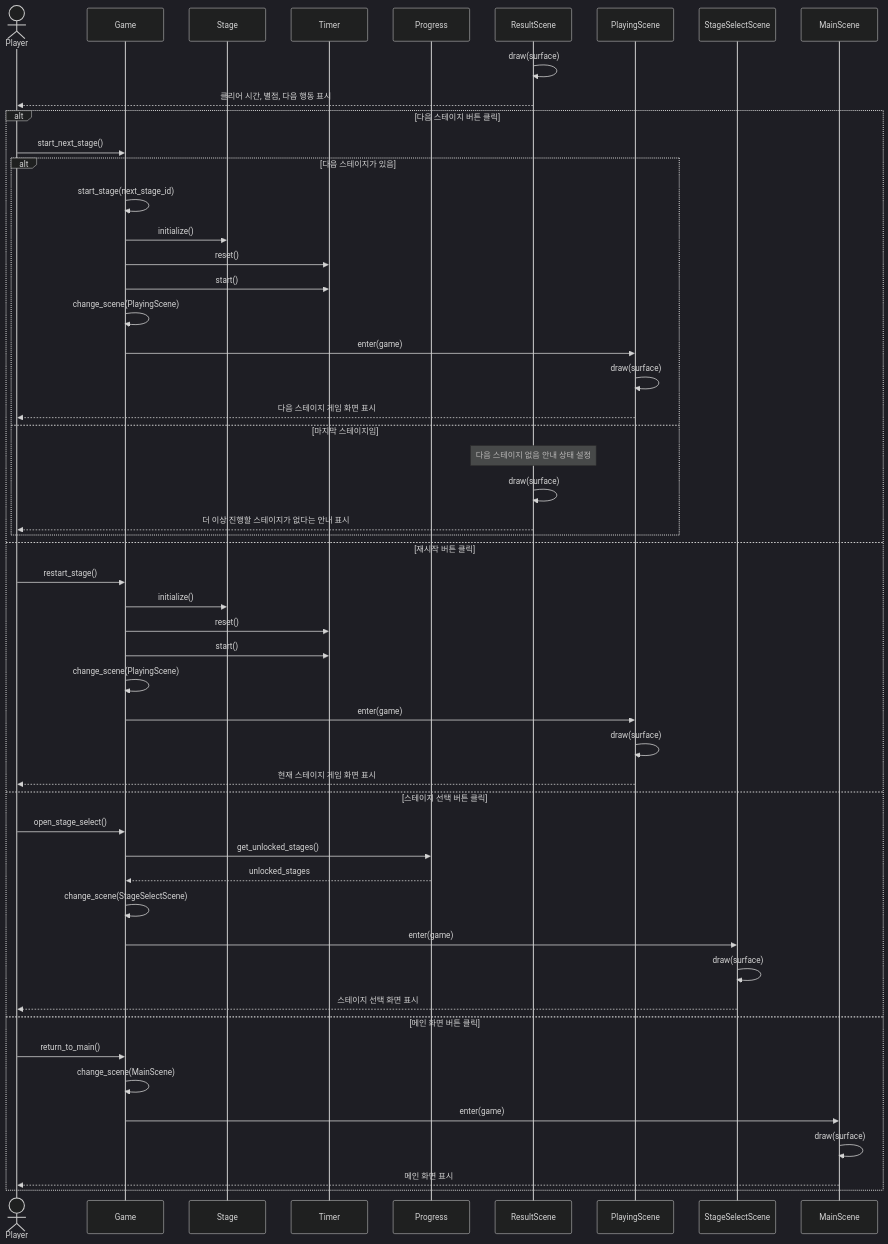
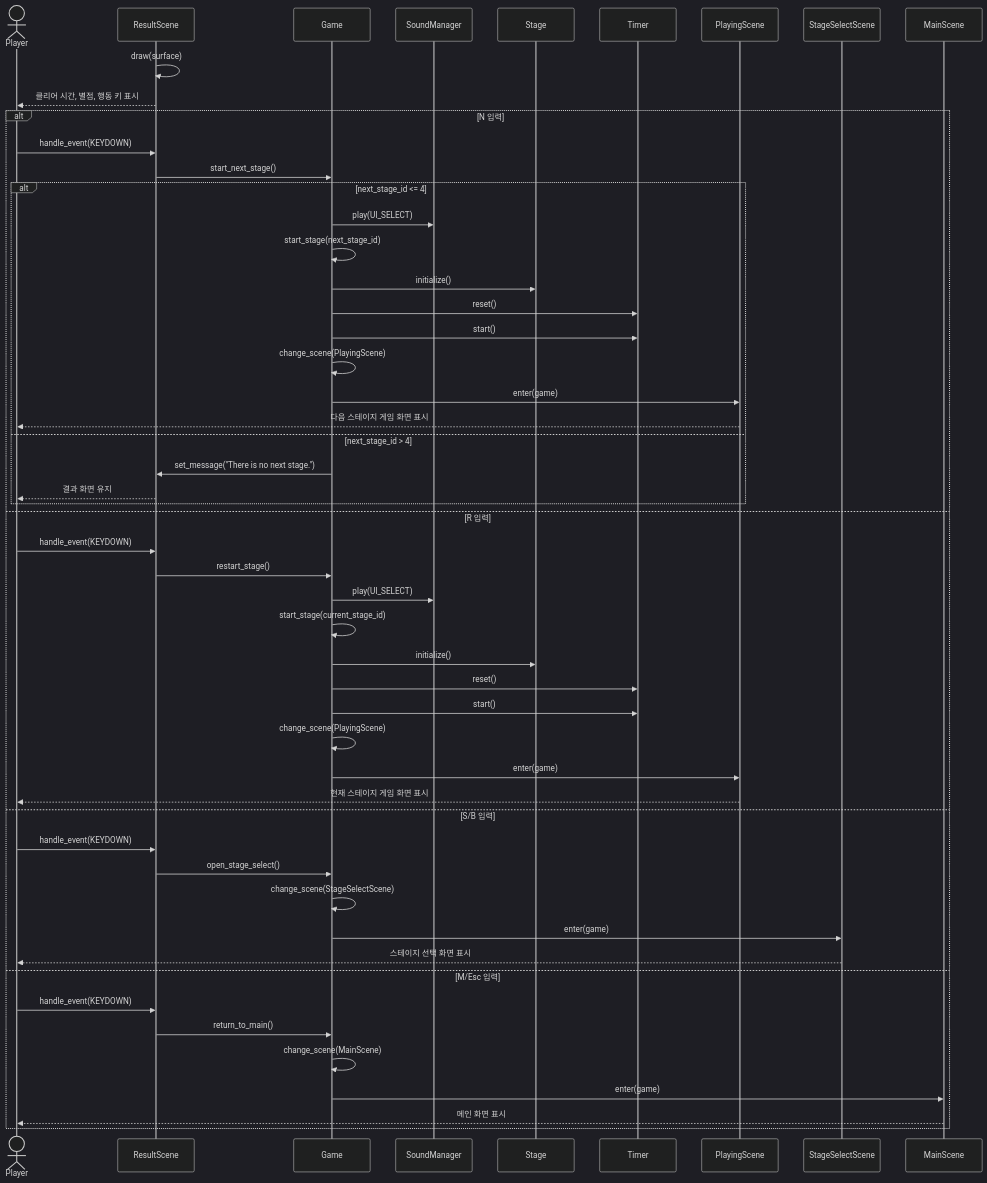
Before and after one commit to wisewo/kongoose: the seventh of 7 diagrams in doc/05_sequence_diagrams.md, drawn with Mermaid (dark theme). The commit also changed other lines of this file and 33 other files, not shown here.

````diff
--- a/doc/05_sequence_diagrams.md
+++ b/doc/05_sequence_diagrams.md
@@ -297,56 +316,56 @@
 ```mermaid
 sequenceDiagram
     actor User as Player
+    participant ResultScene
     participant Game
+    participant SoundManager
     participant Stage
     participant Timer
-    participant Progress
-    participant ResultScene
     participant PlayingScene
     participant StageSelectScene
     participant MainScene
 
     ResultScene->>ResultScene: draw(surface)
-    ResultScene-->>User: 클리어 시간, 별점, 다음 행동 표시
+    ResultScene-->>User: 클리어 시간, 별점, 행동 키 표시
 
-    alt 다음 스테이지 버튼 클릭
-        User->>Game: start_next_stage()
-        alt 다음 스테이지가 있음
+    alt N 입력
+        User->>ResultScene: handle_event(KEYDOWN)
+        ResultScene->>Game: start_next_stage()
+        alt next_stage_id <= 4
+            Game->>SoundManager: play(UI_SELECT)
             Game->>Game: start_stage(next_stage_id)
             Game->>Stage: initialize()
             Game->>Timer: reset()
             Game->>Timer: start()
             Game->>Game: change_scene(PlayingScene)
             Game->>PlayingScene: enter(game)
-            PlayingScene->>PlayingScene: draw(surface)
             PlayingScene-->>User: 다음 스테이지 게임 화면 표시
-        else 마지막 스테이지임
-            Note over ResultScene: 다음 스테이지 없음 안내 상태 설정
-            ResultScene->>ResultScene: draw(surface)
-            ResultScene-->>User: 더 이상 진행할 스테이지가 없다는 안내 표시
+        else next_stage_id > 4
+            Game->>ResultScene: set_message("There is no next stage.")
+            ResultScene-->>User: 결과 화면 유지
         end
-    else 재시작 버튼 클릭
-        User->>Game: restart_stage()
+    else R 입력
+        User->>ResultScene: handle_event(KEYDOWN)
+        ResultScene->>Game: restart_stage()
+        Game->>SoundManager: play(UI_SELECT)
+        Game->>Game: start_stage(current_stage_id)
         Game->>Stage: initialize()
         Game->>Timer: reset()
         Game->>Timer: start()
         Game->>Game: change_scene(PlayingScene)
         Game->>PlayingScene: enter(game)
-        PlayingScene->>PlayingScene: draw(surface)
         PlayingScene-->>User: 현재 스테이지 게임 화면 표시
-    else 스테이지 선택 버튼 클릭
-        User->>Game: open_stage_select()
-        Game->>Progress: get_unlocked_stages()
-        Progress-->>Game: unlocked_stages
+    else S/B 입력
+        User->>ResultScene: handle_event(KEYDOWN)
+        ResultScene->>Game: open_stage_select()
         Game->>Game: change_scene(StageSelectScene)
         Game->>StageSelectScene: enter(game)
-        StageSelectScene->>StageSelectScene: draw(surface)
         StageSelectScene-->>User: 스테이지 선택 화면 표시
-    else 메인 화면 버튼 클릭
-        User->>Game: return_to_main()
+    else M/Esc 입력
+        User->>ResultScene: handle_event(KEYDOWN)
+        ResultScene->>Game: return_to_main()
         Game->>Game: change_scene(MainScene)
         Game->>MainScene: enter(game)
-        MainScene->>MainScene: draw(surface)
         MainScene-->>User: 메인 화면 표시
     end
 ```
````
